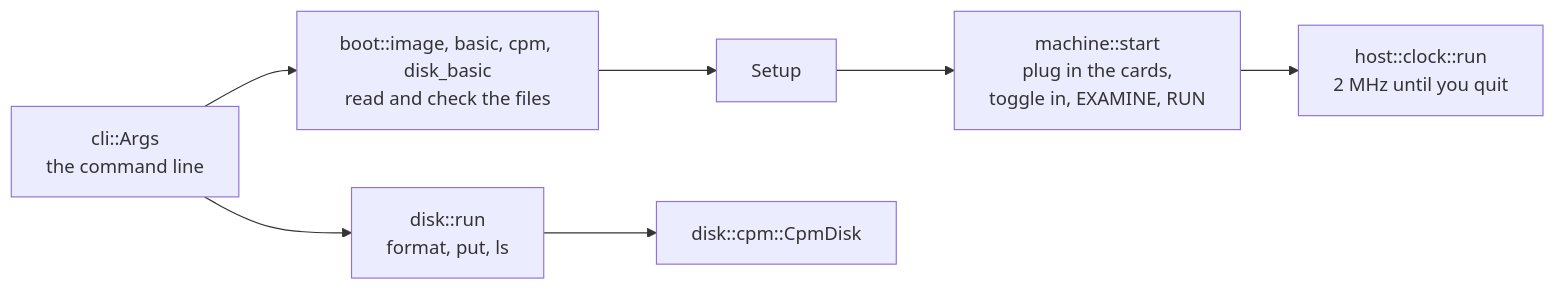
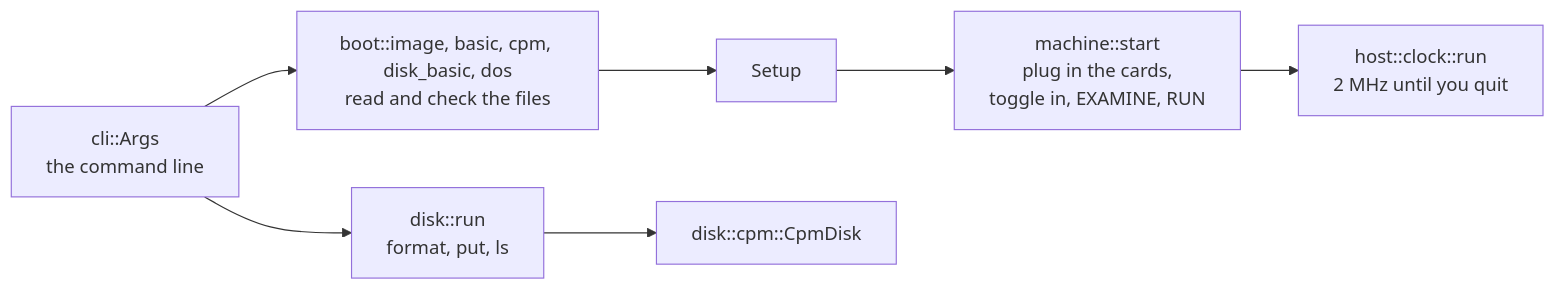
One commit to nazarslota/i8080 changed the second of 3 diagrams in docs/architecture.md. Above: the diagram before and after it, drawn with Mermaid. The commit also changed other lines of this file and 14 other files, not shown here.

Commit message:
Add Altair DOS boot command and guide

````diff
--- a/docs/architecture.md
+++ b/docs/architecture.md
@@ -115,9 +115,9 @@
 ```mermaid
 flowchart LR
-    args["cli::Args<br/>the command line"] --> setup["boot::image, basic, cpm, disk_basic<br/>read and check the files"]
+    args["cli::Args<br/>the command line"] --> setup["boot::image, basic, cpm, disk_basic, dos<br/>read and check the files"]
     setup --> s["Setup"]
     s --> start["machine::start<br/>plug in the cards,<br/>toggle in, EXAMINE, RUN"]
     start --> clock["host::clock::run<br/>2 MHz until you quit"]
     args --> disk["disk::run<br/>format, put, ls"]
     disk --> cpm["disk::cpm::CpmDisk"]
 ```
````
